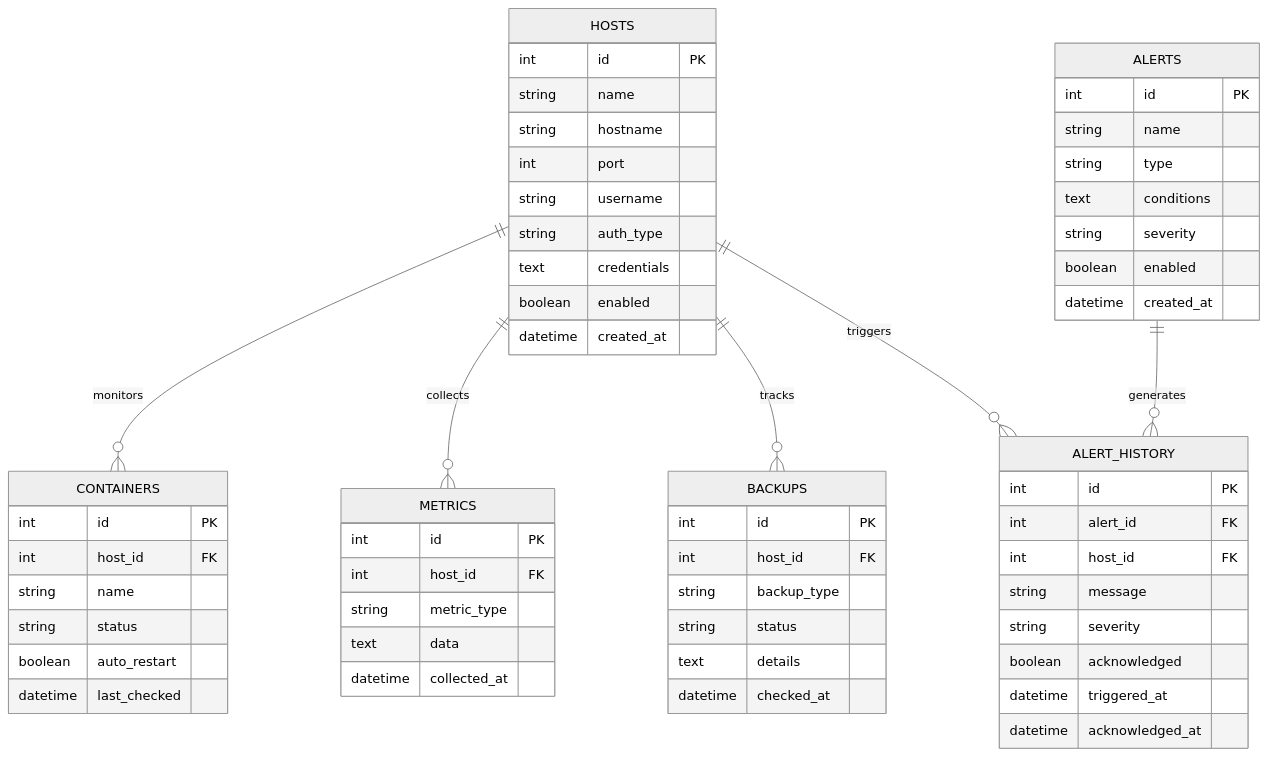
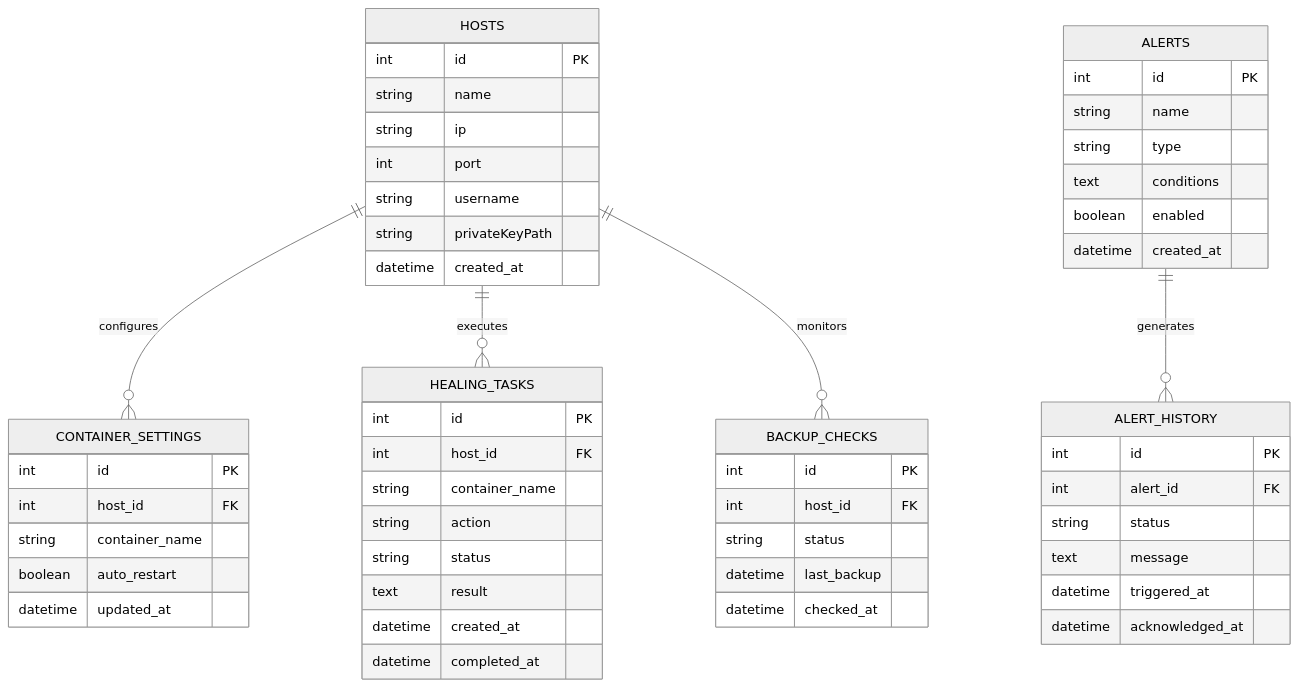
Before and after one commit to sbknana/Sentinel: the fourth of 4 diagrams in docs/ARCHITECTURE.md, drawn with Mermaid (neutral theme). The commit also changed other lines of this file and 34 other files, not shown here.

````diff
--- a/docs/ARCHITECTURE.md
+++ b/docs/ARCHITECTURE.md
@@ -132,67 +103,62 @@
 ```mermaid
 erDiagram
     HOSTS {
         int id PK
         string name
-        string hostname
+        string ip
         int port
         string username
-        string auth_type
-        text credentials
-        boolean enabled
+        string privateKeyPath
         datetime created_at
-    }
-    
-    CONTAINERS {
-        int id PK
-        int host_id FK
-        string name
-        string status
-        boolean auto_restart
-        datetime last_checked
     }
     
     ALERTS {
         int id PK
         string name
         string type
         text conditions
-        string severity
         boolean enabled
         datetime created_at
     }
     
     ALERT_HISTORY {
         int id PK
         int alert_id FK
-        int host_id FK
-        string message
-        string severity
-        boolean acknowledged
+        string status
+        text message
         datetime triggered_at
         datetime acknowledged_at
     }
     
-    METRICS {
+    CONTAINER_SETTINGS {
         int id PK
         int host_id FK
-        string metric_type
-        text data
-        datetime collected_at
+        string container_name
+        boolean auto_restart
+        datetime updated_at
     }
     
-    BACKUPS {
+    HEALING_TASKS {
         int id PK
         int host_id FK
-        string backup_type
+        string container_name
+        string action
         string status
-        text details
+        text result
+        datetime created_at
+        datetime completed_at
+    }
+    
+    BACKUP_CHECKS {
+        int id PK
+        int host_id FK
+        string status
+        datetime last_backup
         datetime checked_at
     }
-    
-    HOSTS ||--o{ CONTAINERS : monitors
-    HOSTS ||--o{ METRICS : collects
-    HOSTS ||--o{ BACKUPS : tracks
+
+    HOSTS ||--o{ CONTAINER_SETTINGS : configures
+    HOSTS ||--o{ HEALING_TASKS : executes
+    HOSTS ||--o{ BACKUP_CHECKS : monitors
     ALERTS ||--o{ ALERT_HISTORY : generates
-    HOSTS ||--o{ ALERT_HISTORY : triggers
 ```
````
